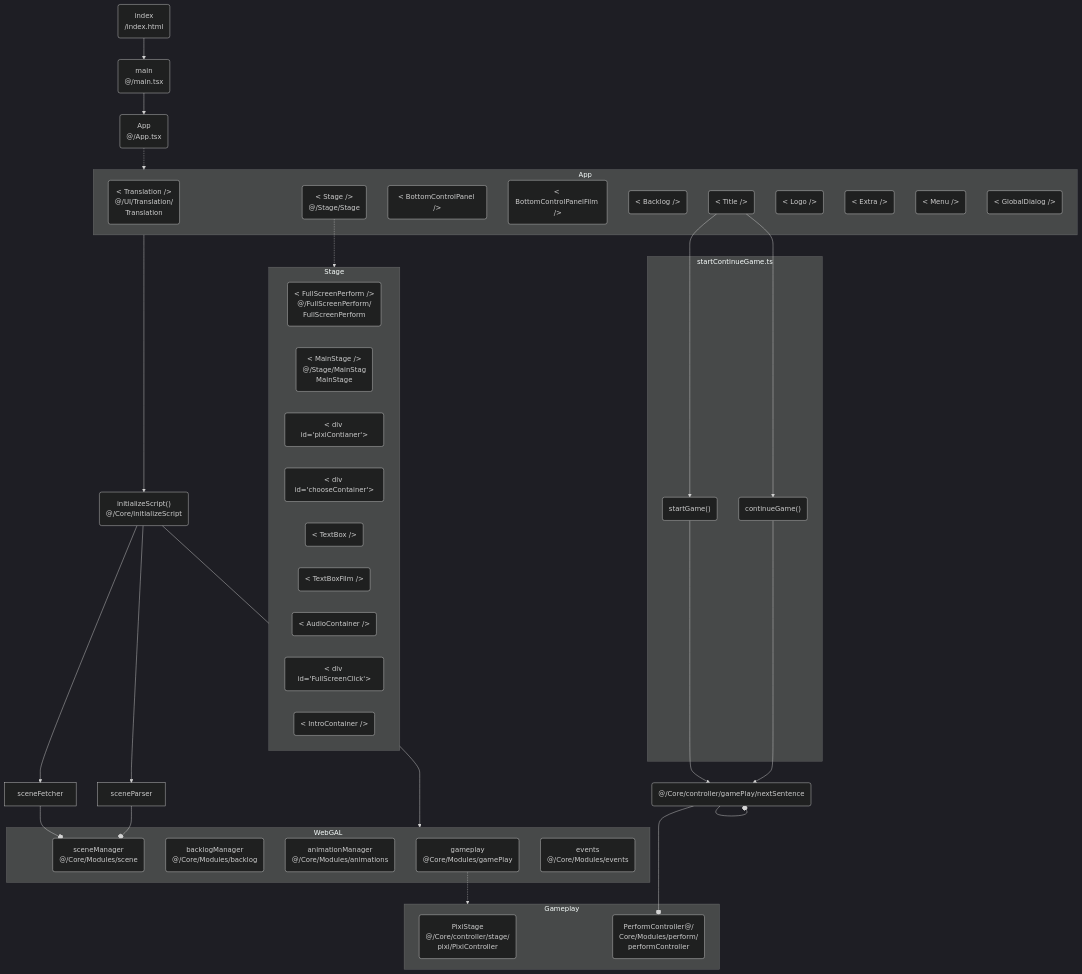
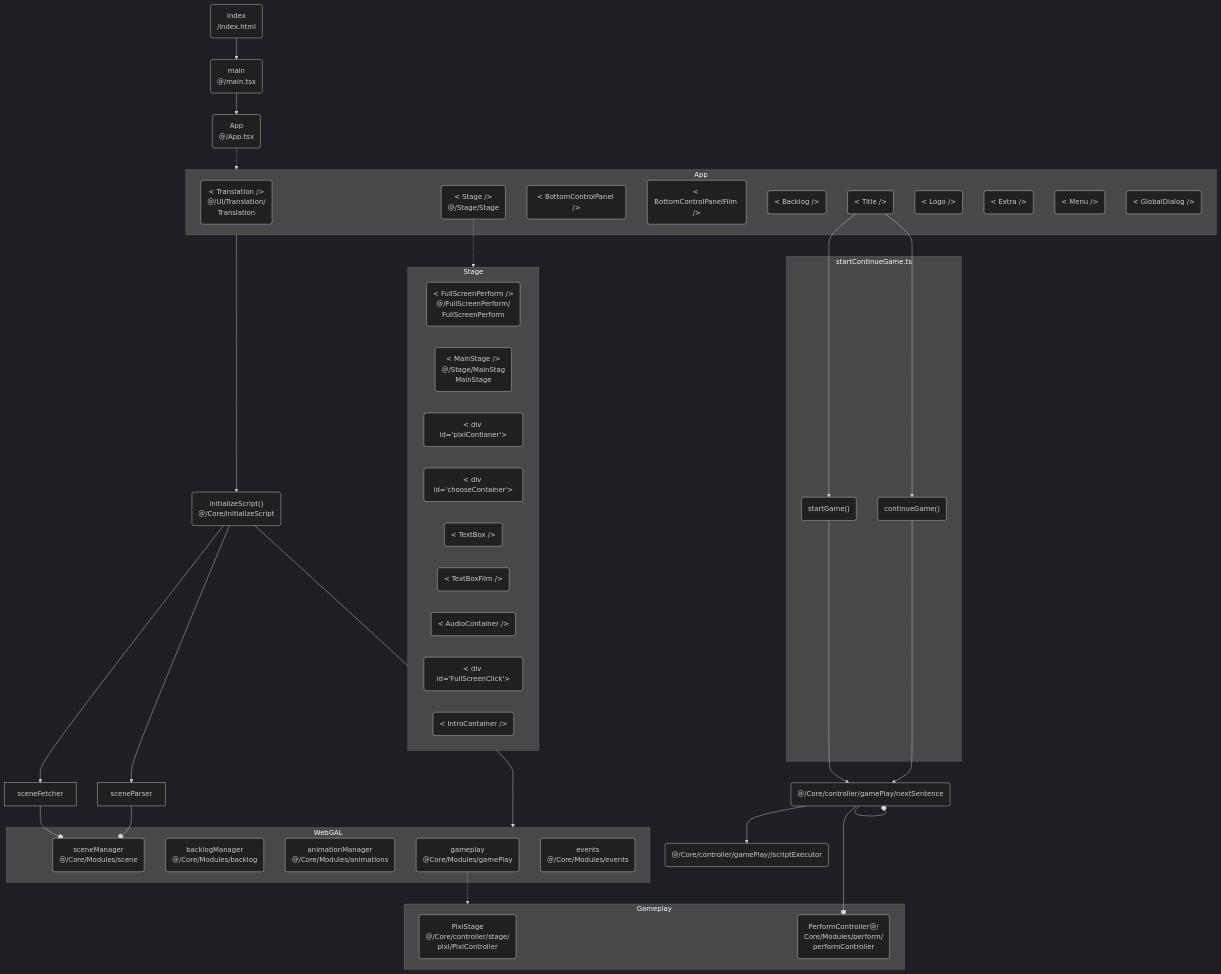
Before and after one commit to antematrix/WebGAL: the diagram in DOC/mainstream.md, drawn with Mermaid (dark theme). The commit also changed 6 other files, not shown here.

````diff
--- a/DOC/mainstream.md
+++ b/DOC/mainstream.md
@@ -2,55 +2,57 @@
 ```mermaid
 graph TB;
     index("index\n/index.html")
     main("main\n@/main.tsx");
     app("App\n@/App.tsx");
     subgraph App;
         translation("< Translation />\n@/UI/Translation/\nTranslation");
         stage("< Stage />\n@/Stage/Stage");
         bottomControlPanel("< BottomControlPanel />");
         bottomControlPanelFilm("< BottomControlPanelFilm />");
         backlog("< Backlog />");
         title("< Title />");
         logo("< Logo />");
         extra("< Extra />");
         menu("< Menu />");
         globalDialog("< GlobalDialog />");
     end;
     subgraph Stage;
         fullScreenPerform("< FullScreenPerform />\n@/FullScreenPerform/\nFullScreenPerform");
         mainStage("< MainStage />\n@/Stage/MainStag\nMainStage");
         pixiContianer("< div id='pixiContianer'>");
         chooseContainer("< div id='chooseContainer'>");
         textBox("< TextBox />");
         textBoxFilm("< TextBoxFilm />");
         audioContainer("< AudioContainer />");
         fullScreenClick("< div id='FullScreenClick'>");
         introContainer("< IntroContainer />")
     end;
     subgraph startContinueGame.ts;
         startGame("startGame()");
         continueGame("continueGame()");
     end;
     initializeScript("initializeScript()\n@/Core/initializeScript");
     subgraph WebGAL;
         sceneManager("sceneManager\n@/Core/Modules/scene");
         backlogManager("backlogManager\n@/Core/Modules/backlog");
         animationManager("animationManager\n@/Core/Modules/animations");
         gameplay("gameplay\n@Core/Modules/gamePlay");
         events("events\n@/Core/Modules/events");
     end;
     subgraph Gameplay;
         pixiStage("PixiStage\n@/Core/controller/stage/\npixi/PixiController");
         performController("PerformController@/\nCore/Modules/perform/\nperformController")
     end;
     nextSentence("@/Core/controller/gamePlay/nextSentence")
+    scriptExecutor("@/Core/controller/gamePlay//scriptExecutor");
 
     app -.-> App;
     stage -.-> Stage;
     gameplay -.-> Gameplay;
     index --> main --> app;
     App--> initializeScript-->WebGAL;
-    title--> startGame & continueGame --> nextSentence --o nextSentence & performController;
+    title--> startGame & continueGame --> nextSentence --> scriptExecutor;
+    nextSentence --o nextSentence & performController;
     initializeScript --> sceneFetcher & sceneParser --o sceneManager
 
 ```
````
